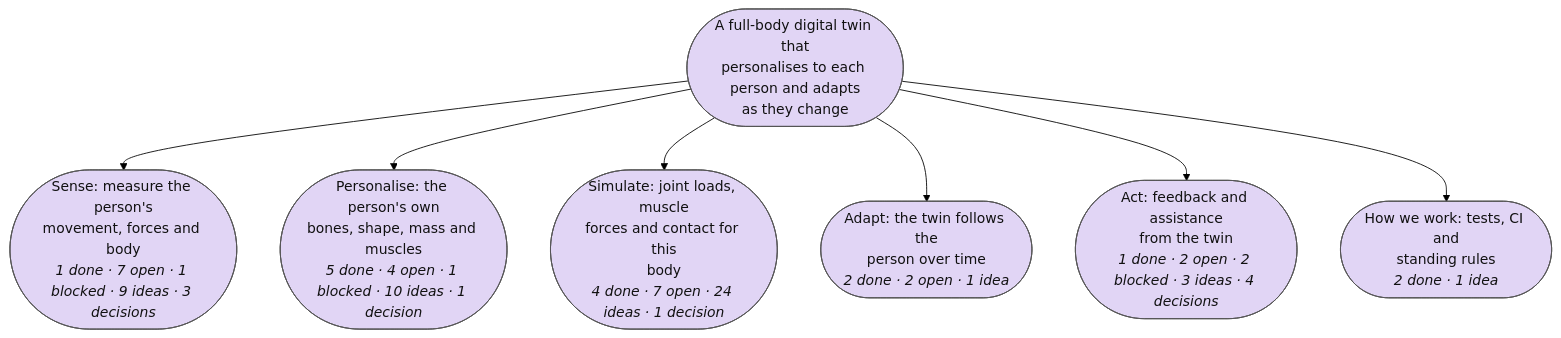
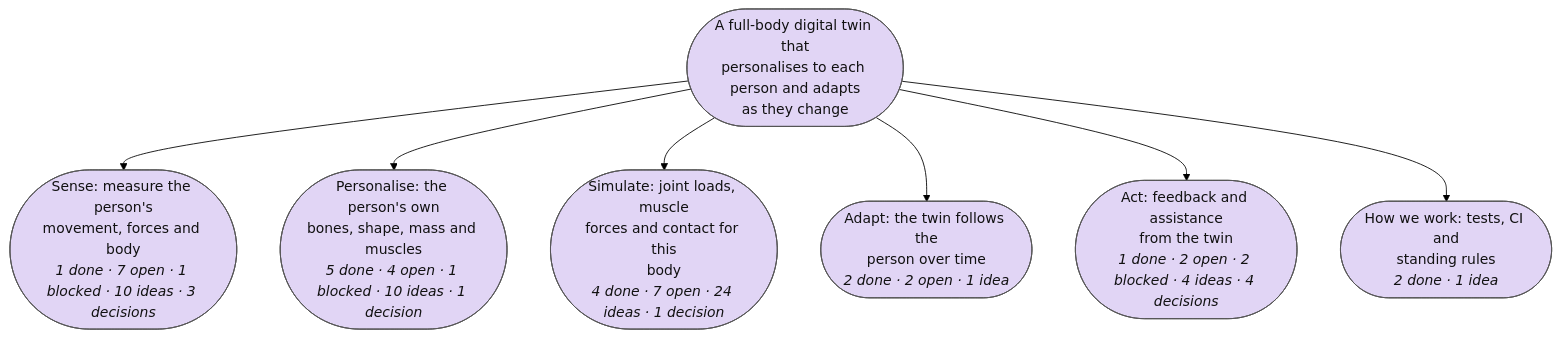
One commit to Sigurius23/Rehab-agent changed the first of 7 diagrams in plan/MAP.md. Above: the diagram before and after it, drawn with Mermaid (forest theme). The commit also changed other lines of this file and 8 other files, not shown here.

````diff
--- a/plan/MAP.md
+++ b/plan/MAP.md
@@ -9,35 +9,35 @@
 ```mermaid
 flowchart TB
   r(["A full-body digital twin that<br/>personalises to each person and adapts<br/>as they change"]):::goal_open
-  p0(["Sense: measure the person's<br/>movement, forces and body<br/><i>1 done · 7 open · 1 blocked · 9 ideas · 3 decisions</i>"]):::goal_open
+  p0(["Sense: measure the person's<br/>movement, forces and body<br/><i>1 done · 7 open · 1 blocked · 10 ideas · 3 decisions</i>"]):::goal_open
   r --> p0
   p1(["Personalise: the person's own<br/>bones, shape, mass and muscles<br/><i>5 done · 4 open · 1 blocked · 10 ideas · 1 decision</i>"]):::goal_open
   r --> p1
   p2(["Simulate: joint loads, muscle<br/>forces and contact for this<br/>body<br/><i>4 done · 7 open · 24 ideas · 1 decision</i>"]):::goal_open
   r --> p2
   p3(["Adapt: the twin follows the<br/>person over time<br/><i>2 done · 2 open · 1 idea</i>"]):::goal_open
   r --> p3
-  p4(["Act: feedback and assistance<br/>from the twin<br/><i>1 done · 2 open · 2 blocked · 3 ideas · 4 decisions</i>"]):::goal_open
+  p4(["Act: feedback and assistance<br/>from the twin<br/><i>1 done · 2 open · 2 blocked · 4 ideas · 4 decisions</i>"]):::goal_open
   r --> p4
   p5(["How we work: tests, CI and<br/>standing rules<br/><i>2 done · 1 idea</i>"]):::goal_open
   r --> p5
   classDef goal_open fill:#e1d5f5,stroke:#555,color:#111
   classDef goal_done fill:#c8e6c9,stroke:#555,color:#111
   classDef step_open fill:#ffffff,stroke:#555,color:#111
   classDef step_doing fill:#fff3c4,stroke:#555,color:#111
   classDef step_done fill:#c8e6c9,stroke:#555,color:#111
   classDef step_blocked fill:#ffe0b2,stroke:#555,color:#111
   classDef step_dropped fill:#eeeeee,stroke:#555,color:#111
   classDef test_planned fill:#ffffff,stroke:#555,color:#111
   classDef test_running fill:#fff3c4,stroke:#555,color:#111
   classDef test_passed fill:#c8e6c9,stroke:#555,color:#111
   classDef test_failed fill:#ffcdd2,stroke:#555,color:#111
   classDef test_mixed fill:#fff3c4,stroke:#555,color:#111
   classDef test_dropped fill:#eeeeee,stroke:#555,color:#111
   classDef idea_new fill:#d7f0f7,stroke:#555,color:#111,stroke-dasharray: 4 3
   classDef idea_promoted fill:#eeeeee,stroke:#555,color:#111,stroke-dasharray: 4 3
   classDef idea_dropped fill:#eeeeee,stroke:#555,color:#111,stroke-dasharray: 4 3
   classDef decision_open fill:#ffe0b2,stroke:#555,color:#111
   classDef decision_decided fill:#ffe0b2,stroke:#555,color:#111
   classDef external fill:#f5f5f5,stroke:#aaa,color:#777,stroke-dasharray: 2 2
 ```
````
